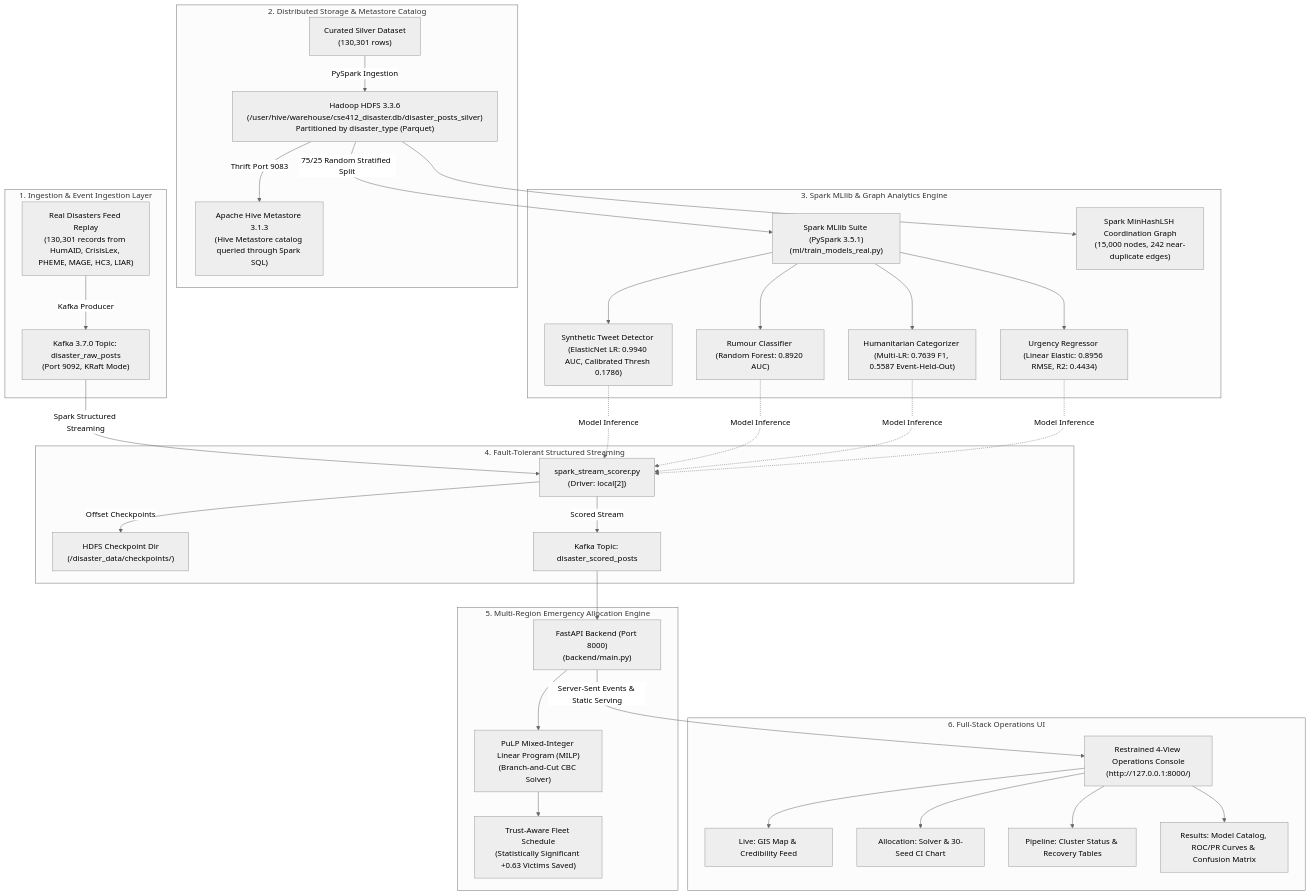
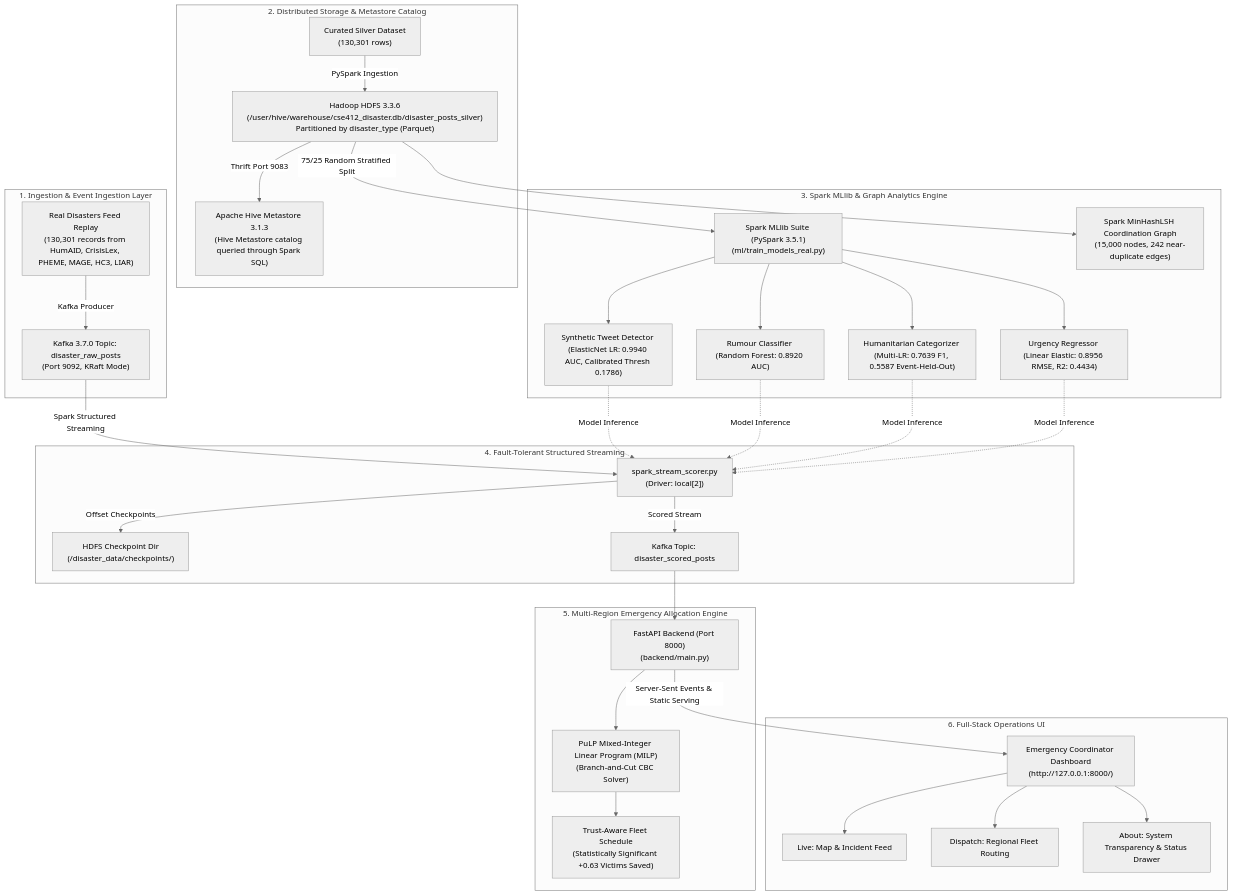
The diagram in docs/ARCHITECTURE.md (Tharunkunamalla/Bigdata_Project), drawn with Mermaid (neutral theme) before and after one commit. The commit also changed other lines of this file and 39 other files, not shown here.

````diff
--- a/docs/ARCHITECTURE.md
+++ b/docs/ARCHITECTURE.md
@@ -12,42 +12,41 @@
 ```mermaid
 flowchart TD
     subgraph Ingestion["1. Ingestion & Event Ingestion Layer"]
         RealFeeds["Real Disasters Feed Replay<br/>(130,301 records from HumAID, CrisisLex, PHEME, MAGE, HC3, LIAR)"]
         RealFeeds -->|Kafka Producer| KafkaRaw["Kafka 3.7.0 Topic: disaster_raw_posts<br/>(Port 9092, KRaft Mode)"]
     end
 
     subgraph StorageCatalog["2. Distributed Storage & Metastore Catalog"]
         CuratedCSV["Curated Silver Dataset<br/>(130,301 rows)"] -->|PySpark Ingestion| HDFSSilver["Hadoop HDFS 3.3.6<br/>(/user/hive/warehouse/cse412_disaster.db/disaster_posts_silver)<br/>Partitioned by disaster_type (Parquet)"]
         HDFSSilver -->|Thrift Port 9083| HiveMeta["Apache Hive Metastore 3.1.3<br/>(Hive Metastore catalog queried through Spark SQL)"]
     end
 
     subgraph DistributedML["3. Spark MLlib & Graph Analytics Engine"]
         HDFSSilver -->|75/25 Random Stratified Split| MLlibTrain["Spark MLlib Suite (PySpark 3.5.1)<br/>(ml/train_models_real.py)"]
         MLlibTrain --> M1["Synthetic Tweet Detector (ElasticNet LR: 0.9940 AUC, Calibrated Thresh 0.1786)"]
         MLlibTrain --> M2["Rumour Classifier (Random Forest: 0.8920 AUC)"]
         MLlibTrain --> M3["Humanitarian Categorizer (Multi-LR: 0.7639 F1, 0.5587 Event-Held-Out)"]
         MLlibTrain --> M4["Urgency Regressor (Linear Elastic: 0.8956 RMSE, R2: 0.4434)"]
         HDFSSilver --> MinHash["Spark MinHashLSH Coordination Graph<br/>(15,000 nodes, 242 near-duplicate edges)"]
     end
 
     subgraph StreamingPipeline["4. Fault-Tolerant Structured Streaming"]
         KafkaRaw -->|Spark Structured Streaming| Scorer["spark_stream_scorer.py<br/>(Driver: local[2])"]
         M1 & M2 & M3 & M4 -.->|Model Inference| Scorer
         Scorer -->|Offset Checkpoints| HDFS_Checkpoint["HDFS Checkpoint Dir<br/>(/disaster_data/checkpoints/)"]
         Scorer -->|Scored Stream| KafkaScored["Kafka Topic: disaster_scored_posts"]
     end
 
     subgraph OptimizationEngine["5. Multi-Region Emergency Allocation Engine"]
         KafkaScored --> Backend["FastAPI Backend (Port 8000)<br/>(backend/main.py)"]
         Backend --> PuLP["PuLP Mixed-Integer Linear Program (MILP)<br/>(Branch-and-Cut CBC Solver)"]
         PuLP --> AllocPlan["Trust-Aware Fleet Schedule<br/>(Statistically Significant +0.63 Victims Saved)"]
     end
 
     subgraph Presentation["6. Full-Stack Operations UI"]
-        Backend -->|Server-Sent Events & Static Serving| ReactUI["Restrained 4-View Operations Console<br/>(http://127.0.0.1:8000/)"]
-        ReactUI --> LiveView["Live: GIS Map & Credibility Feed"]
-        ReactUI --> AllocView["Allocation: Solver & 30-Seed CI Chart"]
-        ReactUI --> PipeView["Pipeline: Cluster Status & Recovery Tables"]
-        ReactUI --> ResultsView["Results: Model Catalog, ROC/PR Curves & Confusion Matrix"]
+        Backend -->|Server-Sent Events & Static Serving| ReactUI["Emergency Coordinator Dashboard<br/>(http://127.0.0.1:8000/)"]
+        ReactUI --> LiveView["Live: Map & Incident Feed"]
+        ReactUI --> DispatchView["Dispatch: Regional Fleet Routing"]
+        ReactUI --> AboutView["About: System Transparency & Status Drawer"]
     end
 ```
````
